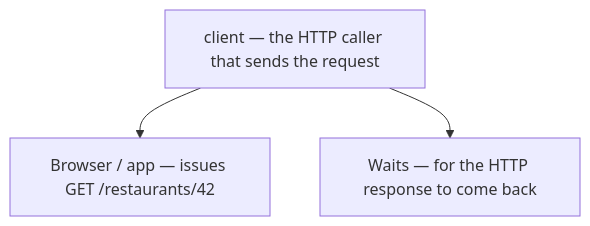
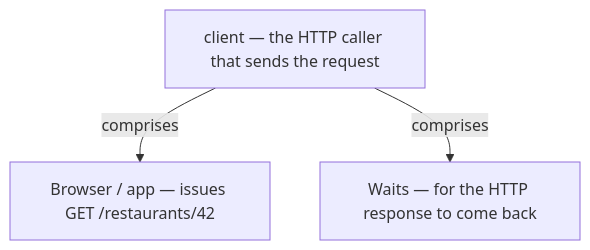
One commit to vinayakuber/microservices-io-study-guide changed the fifth of 14 diagrams in docs/ch41-serverless-deployment.md. Above: the diagram before and after it, drawn with Mermaid. The commit also changed other lines of this file and 71 other files, not shown here.

First line of the commit message:
R18: label every diagram arrow with its meaning

````diff
--- a/docs/ch41-serverless-deployment.md
+++ b/docs/ch41-serverless-deployment.md
@@ -193,6 +193,6 @@
 ```mermaid
 flowchart TD
   R["client — the HTTP caller that sends the request"]
-  R --> P0["Browser / app — issues GET /restaurants/42"]
-  R --> P1["Waits — for the HTTP response to come back"]
+  R -->|"comprises"| P0["Browser / app — issues GET /restaurants/42"]
+  R -->|"comprises"| P1["Waits — for the HTTP response to come back"]
 ```
````
